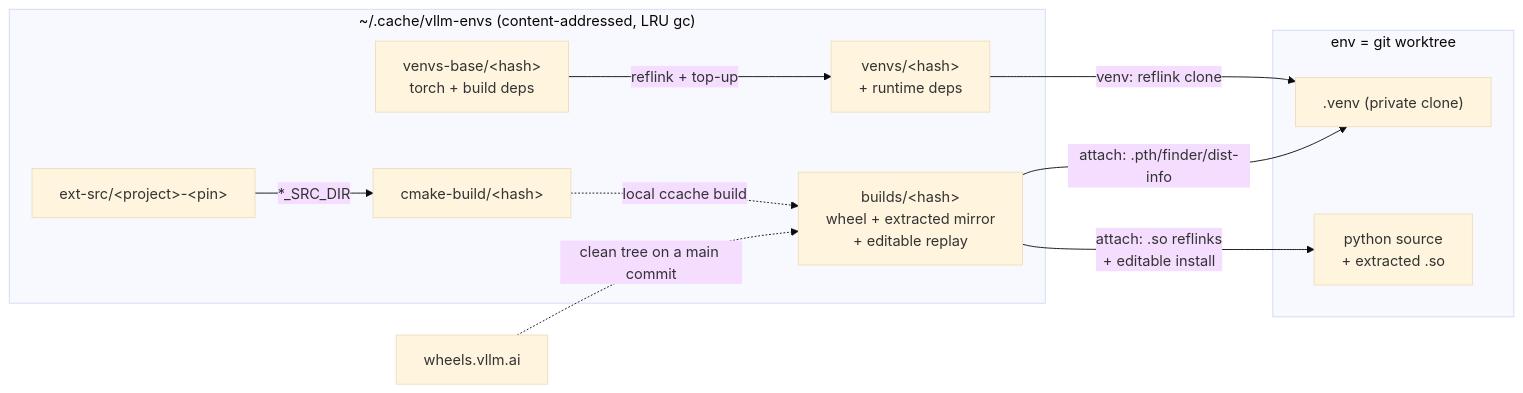
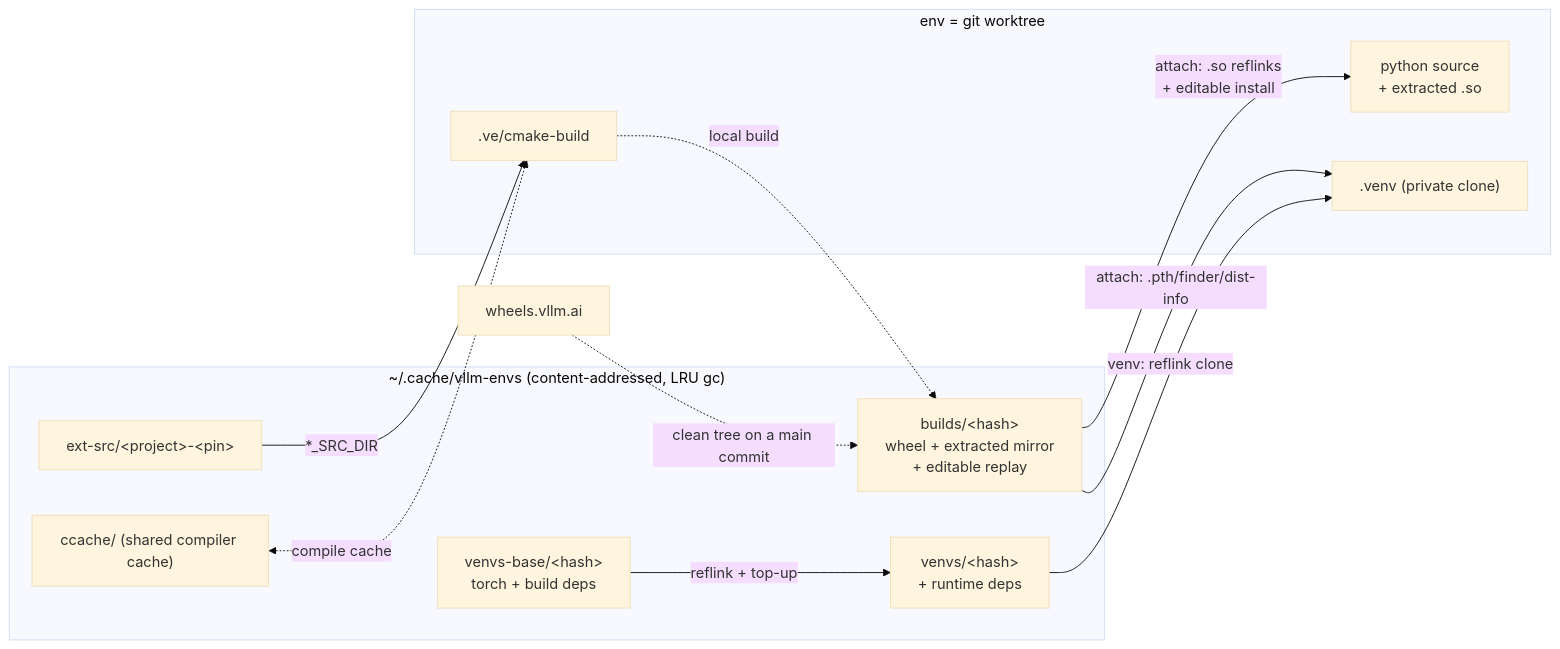
The diagram in README.md (neuralmagic/vllm-envs), drawn with Mermaid (base theme) before and after one commit. The commit also changed other lines of this file and 56 other files, not shown here.

````diff
--- a/README.md
+++ b/README.md
@@ -100,22 +112,24 @@
 ```mermaid
 flowchart LR
     subgraph store ["~/.cache/vllm-envs (content-addressed, LRU gc)"]
         base["venvs-base/#lt;hash#gt;<br>torch + build deps"]
         full["venvs/#lt;hash#gt;<br>+ runtime deps"]
         builds["builds/#lt;hash#gt;<br>wheel + extracted mirror<br>+ editable replay"]
         ext["ext-src/#lt;project#gt;-#lt;pin#gt;"]
-        cmake["cmake-build/#lt;hash#gt;"]
+        ccache["ccache/ (shared compiler cache)"]
     end
     wheelsvllm["wheels.vllm.ai"]
     subgraph env ["env = git worktree"]
         venv[".venv (private clone)"]
         wt["python source<br>+ extracted .so"]
+        cmake[".ve/cmake-build"]
     end
     base -- "reflink + top-up" --> full
     full -- "venv: reflink clone" --> venv
     builds -- "attach: .so reflinks<br>+ editable install" --> wt
     builds -- "attach: .pth/finder/dist-info" --> venv
     wheelsvllm -. "clean tree on a main commit" .-> builds
     ext -- "*_SRC_DIR" --> cmake
-    cmake -. "local ccache build" .-> builds
+    ccache <-. "compile cache" .-> cmake
+    cmake -. "local build" .-> builds
 ```
````
